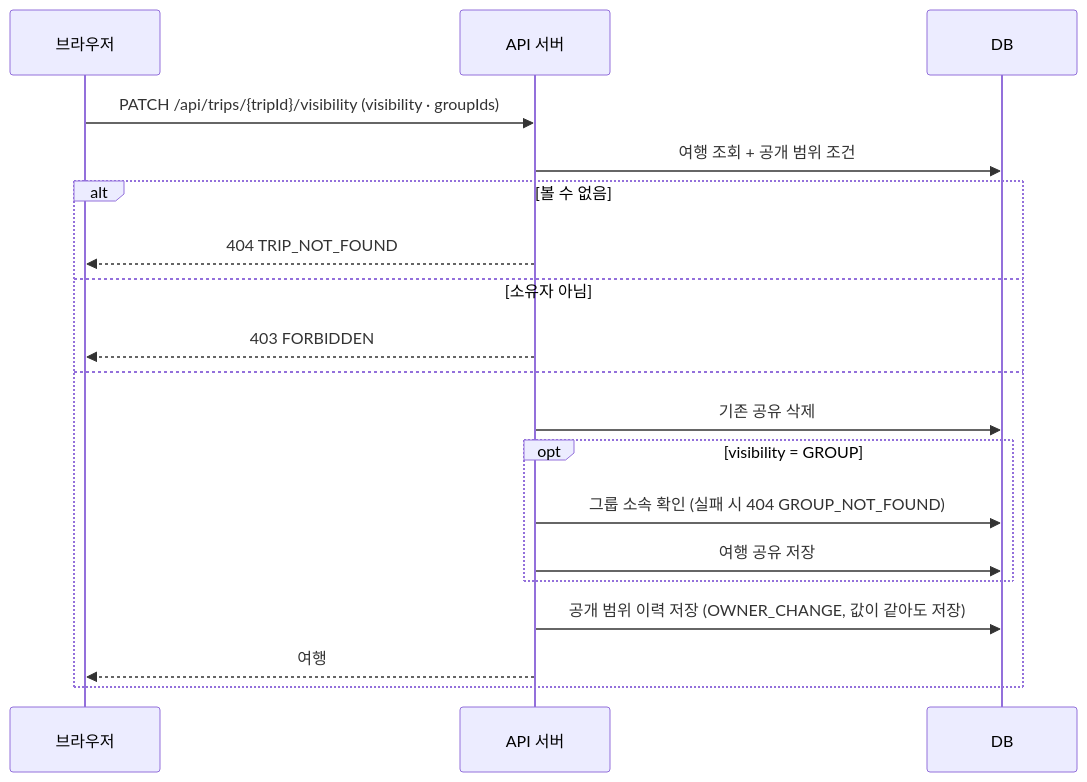
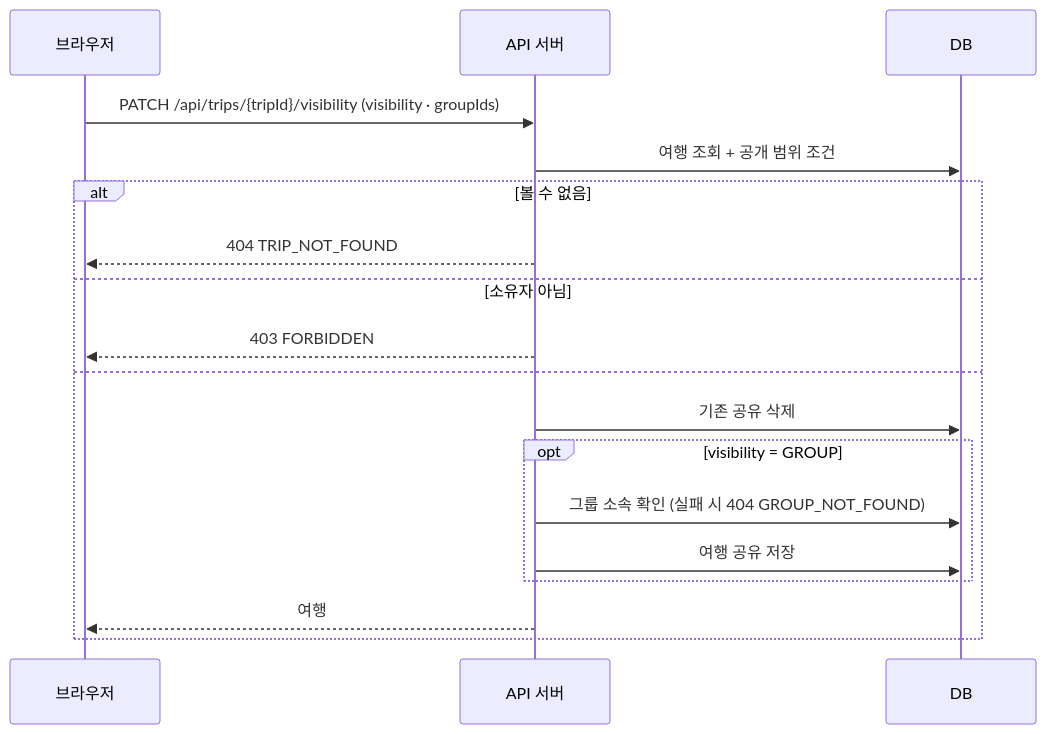
One commit to jinyong-go/travel-recorder changed the sixth of 11 diagrams in docs/flow-sequence.md. Above: the diagram before and after it, drawn with Mermaid. The commit also changed other lines of this file and 15 other files, not shown here.

````diff
--- a/docs/flow-sequence.md
+++ b/docs/flow-sequence.md
@@ -187,22 +186,21 @@
 ```mermaid
 sequenceDiagram
     participant B as 브라우저
     participant A as API 서버
     participant D as DB
 
     B->>A: PATCH /api/trips/{tripId}/visibility (visibility · groupIds)
     A->>D: 여행 조회 + 공개 범위 조건
     alt 볼 수 없음
         A-->>B: 404 TRIP_NOT_FOUND
     else 소유자 아님
         A-->>B: 403 FORBIDDEN
     else
         A->>D: 기존 공유 삭제
         opt visibility = GROUP
             A->>D: 그룹 소속 확인 (실패 시 404 GROUP_NOT_FOUND)
             A->>D: 여행 공유 저장
         end
-        A->>D: 공개 범위 이력 저장 (OWNER_CHANGE, 값이 같아도 저장)
         A-->>B: 여행
     end
 ```
````
